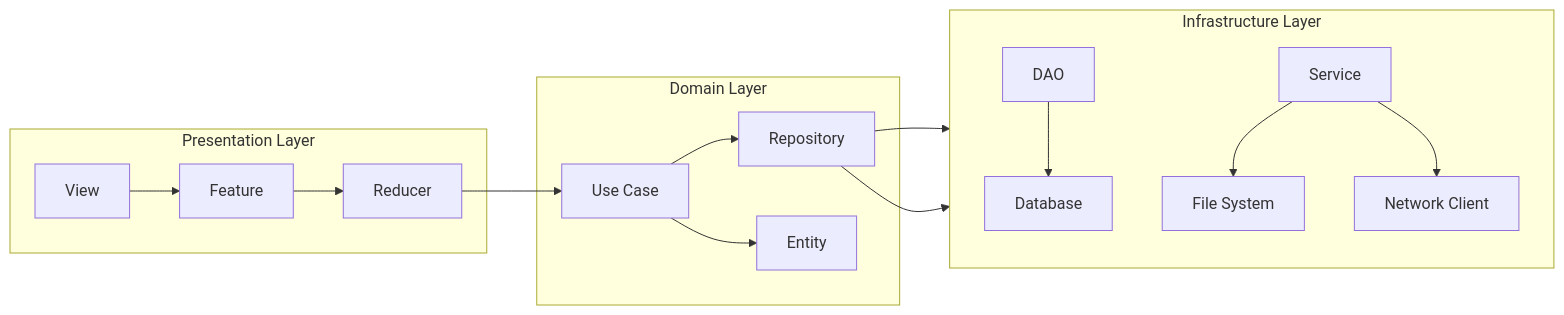
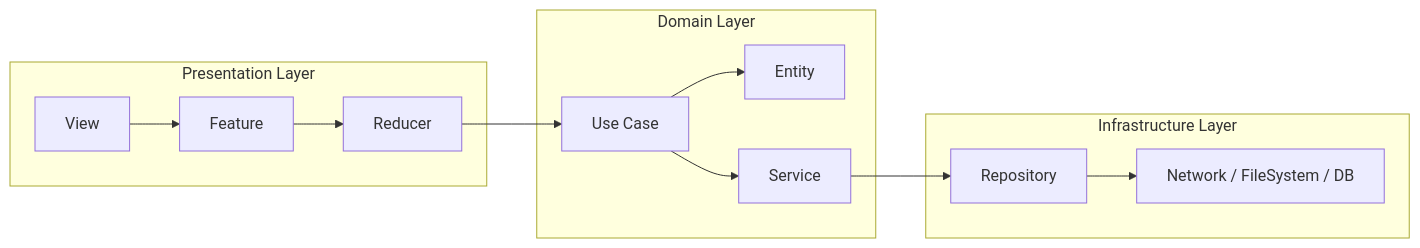
One commit to numq/reduce-and-conquer changed the third of 4 diagrams in README.md. Above: the diagram before and after it, drawn with Mermaid. The commit also changed other lines of this file and 14 other files, not shown here.

````diff
--- a/README.md
+++ b/README.md
@@ -923,23 +930,19 @@
 ```mermaid
 graph LR
     subgraph "Presentation Layer"
         View["View"] --> Feature["Feature"]
         Feature["Feature"] --> Reducer["Reducer"]
     end
 
     subgraph "Domain Layer"
-        UseCase["Use Case"] --> Repository["Repository"]
         UseCase["Use Case"] --> Entity["Entity"]
+        UseCase["Use Case"] --> Service["Service"]
     end
 
     subgraph "Infrastructure Layer"
-        direction TB
-        Dao["DAO"] --> Database["Database"]
-        Service["Service"] --> FileSystem["File System"]
-        Service["Service"] --> NetworkClient["Network Client"]
+        Service["Service"] --> Repository["Repository"]
+        Repository["Repository"] --> External["Network / FileSystem / DB"]
     end
 
     Reducer --> UseCase
-    Repository --> Dao
-    Repository --> Service
 ```
````
